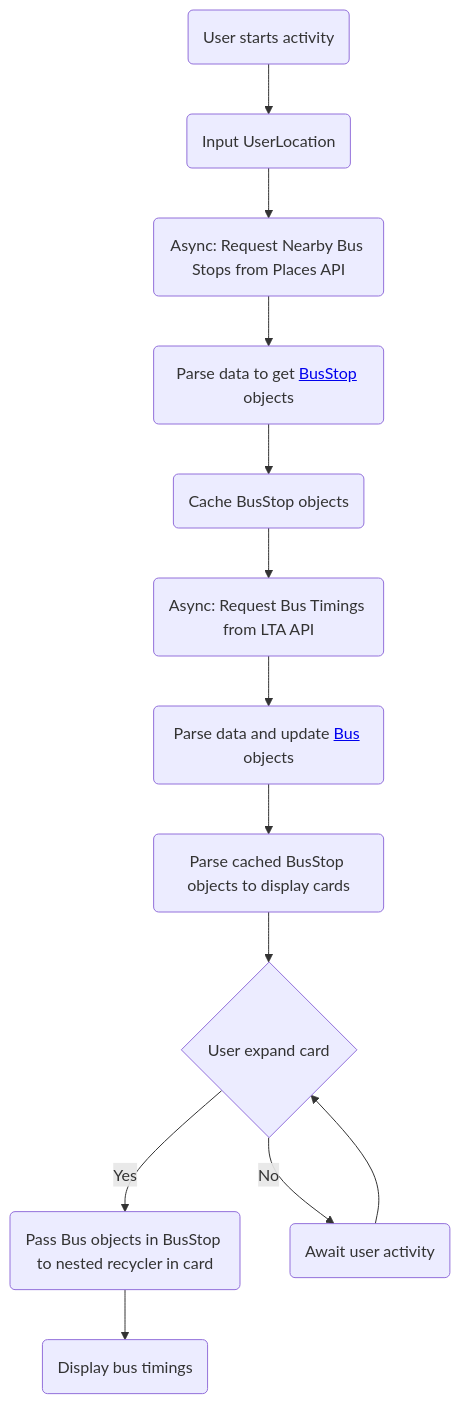
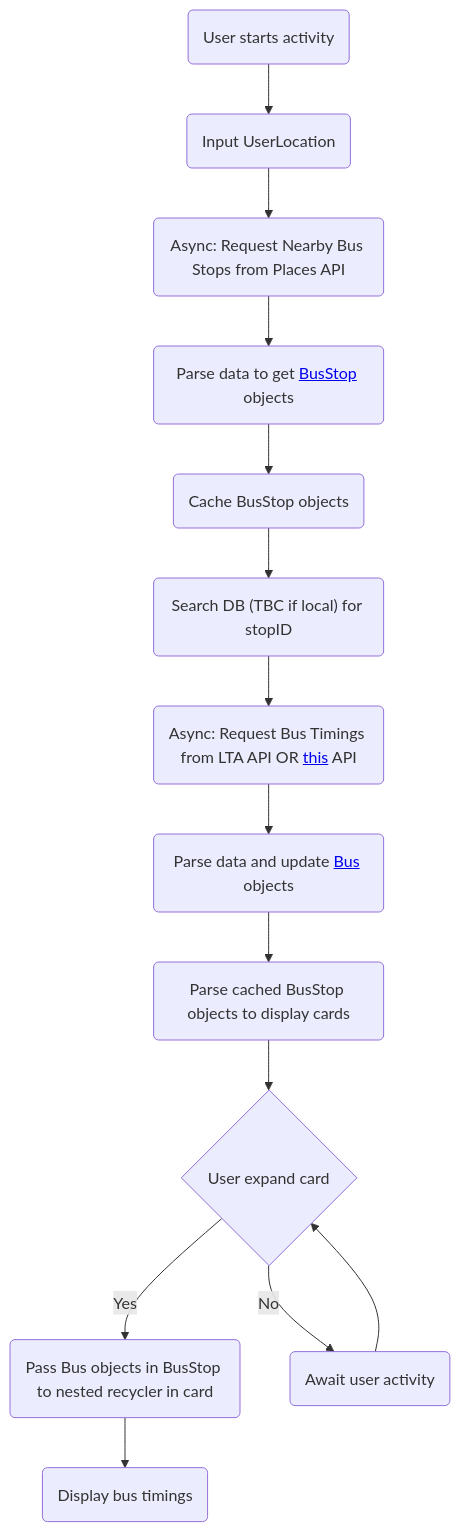
Before and after one commit to jimmy-lew/TravelApp: the diagram in docs/see-nearby-bus.md, drawn with Mermaid.

Commit message:
docs: update see-nearby-bus

````diff
--- a/docs/see-nearby-bus.md
+++ b/docs/see-nearby-bus.md
@@ -5,18 +5,19 @@
 ```mermaid
 flowchart TD
     A(User starts activity) --> B(Input UserLocation)
 
     B --> C(Async: Request Nearby Bus Stops from Places API)
-    C --> D(Parse data to get <a href='class-diagram'>BusStop</a> objects)
+    C --> D(Parse data to get <a href='./class-diagram.md'>BusStop</a> objects)
     D --> E(Cache BusStop objects)
-    E --> F(Async: Request Bus Timings from LTA API)
-    F --> G(Parse data and update <a href='class-diagram'>Bus</a> objects)
+    E --> Ee("Search DB (TBC if local) for stopID")
+    Ee --> F(Async: Request Bus Timings from LTA API OR <a href='https://github.com/cheeaun/arrivelah'>this</a> API)
+    F --> G(Parse data and update <a href='./class-diagram.md'>Bus</a> objects)
     G --> H(Parse cached BusStop objects to display cards)
     H --> I{User expand card}
 
     I --> |Yes| J(Pass Bus objects in BusStop to nested recycler in card)
     J --> K(Display bus timings)
 
     I --> |No| L(Await user activity)
     L --> I
 ```
````
